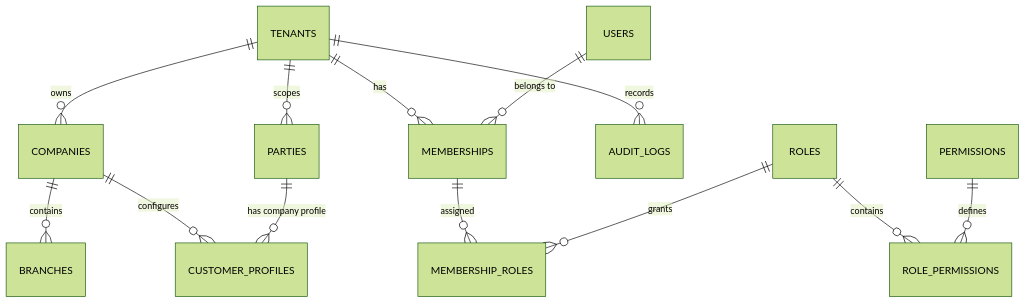
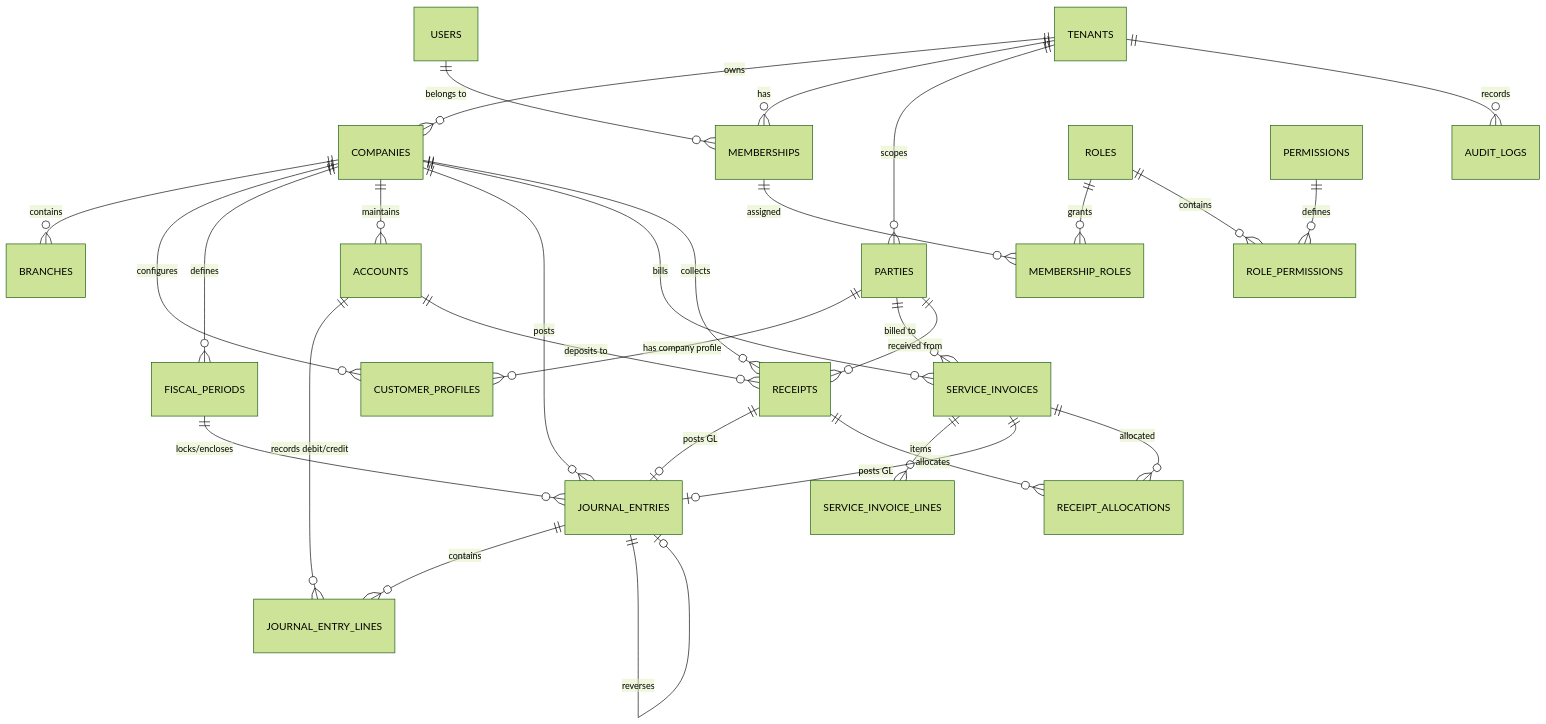
The diagram in docs/en/data/erd.md (Ahmed4Devs/ERP), drawn with Mermaid (forest theme) before and after one commit. The commit also changed other lines of this file and 50 other files, not shown here.

Commit message:
feat(accounting): implement M2 posting engine, service invoices, receipts, and financial reports

````diff
--- a/docs/en/data/erd.md
+++ b/docs/en/data/erd.md
@@ -3,18 +3,38 @@
 ```mermaid
 erDiagram
     TENANTS ||--o{ COMPANIES : "owns"
     TENANTS ||--o{ MEMBERSHIPS : "has"
     TENANTS ||--o{ PARTIES : "scopes"
     TENANTS ||--o{ AUDIT_LOGS : "records"
     
     COMPANIES ||--o{ BRANCHES : "contains"
     COMPANIES ||--o{ CUSTOMER_PROFILES : "configures"
+    COMPANIES ||--o{ FISCAL_PERIODS : "defines"
+    COMPANIES ||--o{ ACCOUNTS : "maintains"
+    COMPANIES ||--o{ JOURNAL_ENTRIES : "posts"
+    COMPANIES ||--o{ SERVICE_INVOICES : "bills"
+    COMPANIES ||--o{ RECEIPTS : "collects"
     
     USERS ||--o{ MEMBERSHIPS : "belongs to"
     MEMBERSHIPS ||--o{ MEMBERSHIP_ROLES : "assigned"
     ROLES ||--o{ MEMBERSHIP_ROLES : "grants"
     ROLES ||--o{ ROLE_PERMISSIONS : "contains"
     PERMISSIONS ||--o{ ROLE_PERMISSIONS : "defines"
     
     PARTIES ||--o{ CUSTOMER_PROFILES : "has company profile"
+    PARTIES ||--o{ SERVICE_INVOICES : "billed to"
+    PARTIES ||--o{ RECEIPTS : "received from"
+    
+    JOURNAL_ENTRIES ||--o{ JOURNAL_ENTRY_LINES : "contains"
+    JOURNAL_ENTRIES ||--o| JOURNAL_ENTRIES : "reverses"
+    FISCAL_PERIODS ||--o{ JOURNAL_ENTRIES : "locks/encloses"
+    ACCOUNTS ||--o{ JOURNAL_ENTRY_LINES : "records debit/credit"
+    
+    SERVICE_INVOICES ||--o{ SERVICE_INVOICE_LINES : "items"
+    SERVICE_INVOICES ||--o| JOURNAL_ENTRIES : "posts GL"
+    SERVICE_INVOICES ||--o{ RECEIPT_ALLOCATIONS : "allocated"
+    
+    RECEIPTS ||--o| JOURNAL_ENTRIES : "posts GL"
+    RECEIPTS ||--o{ RECEIPT_ALLOCATIONS : "allocates"
+    ACCOUNTS ||--o{ RECEIPTS : "deposits to"
 ```
````
